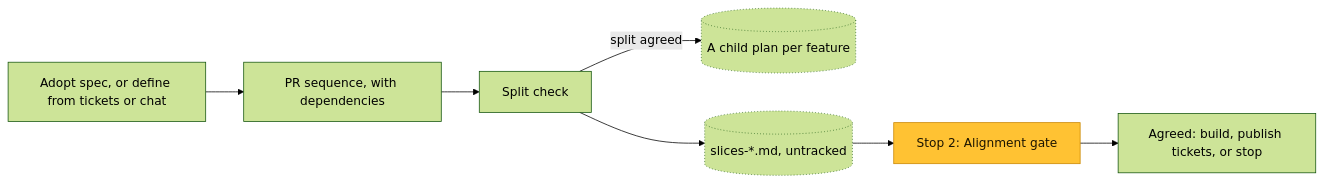
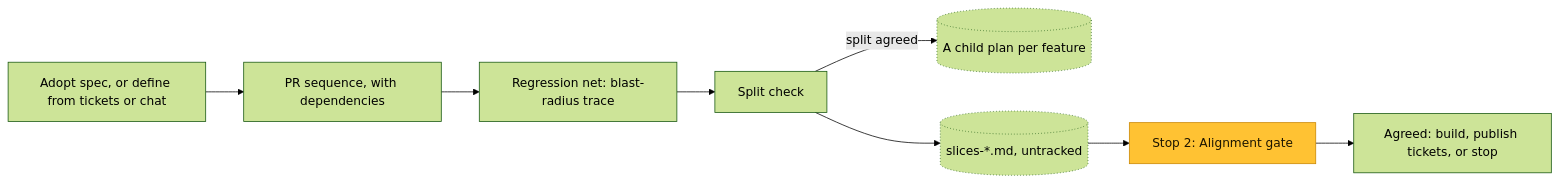
The third of 6 diagrams in docs/workflow.md (josephgee/agent-tools), drawn with Mermaid (forest theme) before and after one commit. The commit also changed other lines of this file and 10 other files, not shown here.

First line of the commit message:
blast-radius: regression net as its own skill

````diff
--- a/docs/workflow.md
+++ b/docs/workflow.md
@@ -46,12 +46,13 @@
 ```mermaid
 flowchart LR
   adopt["Adopt spec, or define from tickets or chat"] --> prs["PR sequence, with dependencies"]
-  prs --> split["Split check"]
+  prs --> net["Regression net: blast-radius trace"]
+  net --> split["Split check"]
   split -->|split agreed| children[("A child plan per feature")]:::file
   split --> plan[("slices-*.md, untracked")]:::file
   plan --> align["Stop 2: Alignment gate"]:::you
   align --> next["Agreed: build, publish tickets, or stop"]
 
   classDef you fill:#ffc233,stroke:#c98600,color:#1d1500
   classDef file stroke-dasharray:1 3
 ```
````
